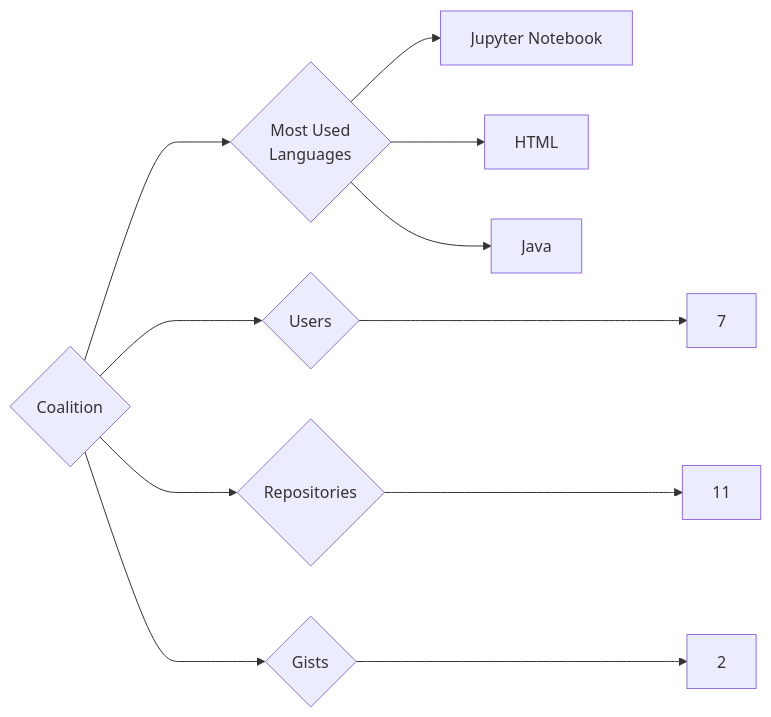
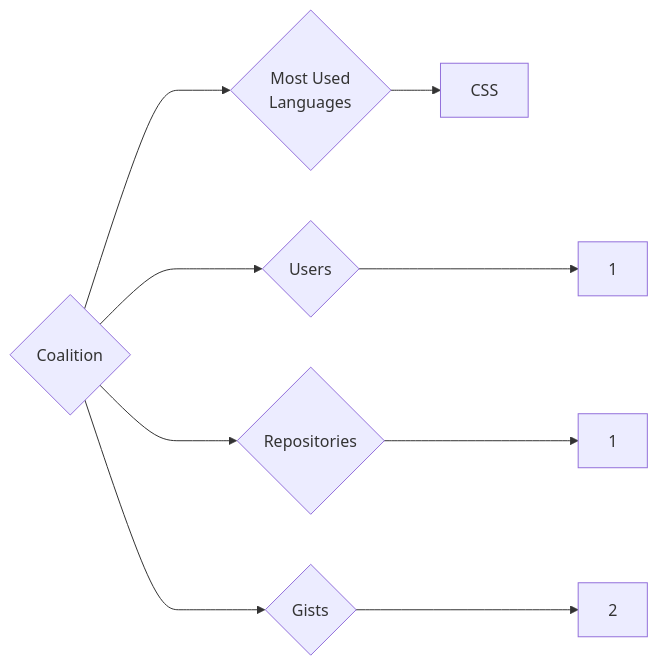
Before and after one commit to trickest/insiders: the diagram in targets/Coalition/README.md, drawn with Mermaid. The commit also changed 815 other files, not shown here.

````diff
--- a/targets/Coalition/README.md
+++ b/targets/Coalition/README.md
@@ -3,11 +3,9 @@
 ```mermaid
 graph LR
 COMPANY_NAME{Coalition}
-COMPANY_NAME ---> U{Users} ---> UN[7]
-COMPANY_NAME ---> R{Repositories} ---> RN[11]
+COMPANY_NAME ---> U{Users} ---> UN[1]
+COMPANY_NAME ---> R{Repositories} ---> RN[1]
 COMPANY_NAME ---> G{Gists} ---> GN[2]
 COMPANY_NAME ---> ML{Most Used<br>Languages}
-ML --> Jupyter_Notebook[Jupyter Notebook]
-ML --> HTML[HTML]
-ML --> Java[Java]
+ML --> CSS[CSS]
 ```
````
